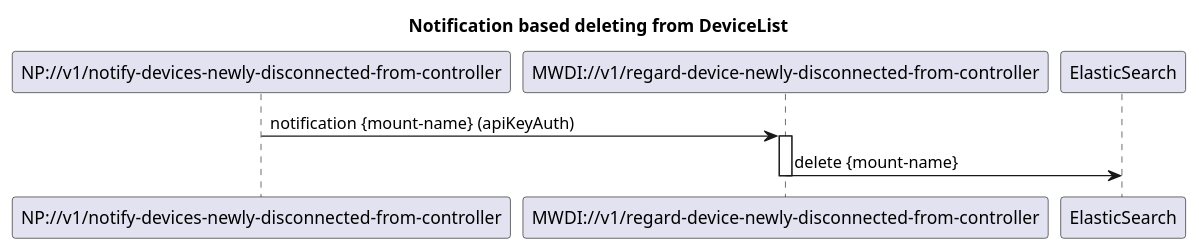
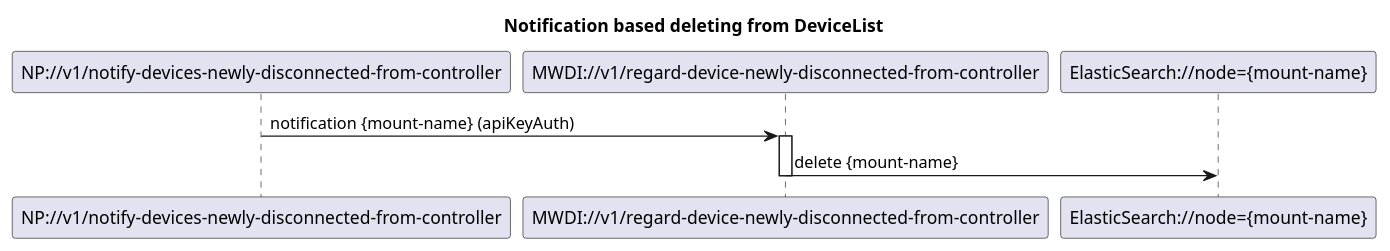
Before and after one commit to openBackhaul/MicroWaveDeviceInventory: the diagram in spec/diagrams/021_NotificationBasedDeviceListSyncDelete.plantuml, drawn with PlantUML. The commit also changed 7 other files, not shown here.

```diff
--- a/spec/diagrams/021_NotificationBasedDeviceListSyncDelete.plantuml
+++ b/spec/diagrams/021_NotificationBasedDeviceListSyncDelete.plantuml
@@ -1,16 +1,16 @@
 @startuml 021_NotificationBasedDeviceListSyncDelete
 skinparam responseMessageBelowArrow true
 
 title  Notification based deleting from DeviceList
 
 participant "NP://v1/notify-devices-newly-disconnected-from-controller" as subscription
 participant "MWDI://v1/regard-device-newly-disconnected-from-controller" as regardNewDevice
-participant "ElasticSearch" as es
+participant "ElasticSearch://node={mount-name}" as es
 
 subscription -> regardNewDevice: notification {mount-name} (apiKeyAuth)
 activate regardNewDevice
 
 regardNewDevice -> es: delete {mount-name}
 deactivate regardNewDevice
 
 @enduml
```
